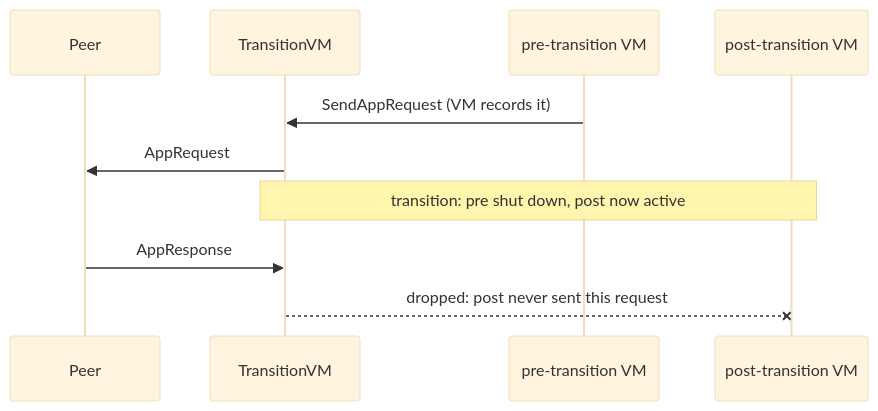
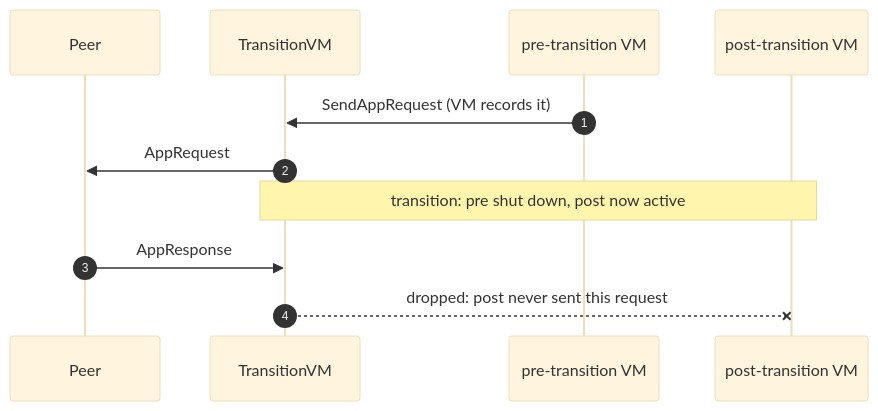
The fourth of 5 diagrams in vms/transitionvm/README.md (ava-labs/avalanchego), drawn with Mermaid (base theme) before and after one commit. The commit also changed other lines of this file and 10 other files, not shown here.

````diff
--- a/vms/transitionvm/README.md
+++ b/vms/transitionvm/README.md
@@ -130,13 +130,14 @@
 ```mermaid
 sequenceDiagram
+    autonumber
     participant Peer
     participant VM as TransitionVM
     participant Pre as pre-transition VM
     participant Post as post-transition VM
 
     Pre->>VM: SendAppRequest (VM records it)
     VM->>Peer: AppRequest
     Note over VM,Post: transition: pre shut down, post now active
     Peer->>VM: AppResponse
     VM--xPost: dropped: post never sent this request
 ```
````
